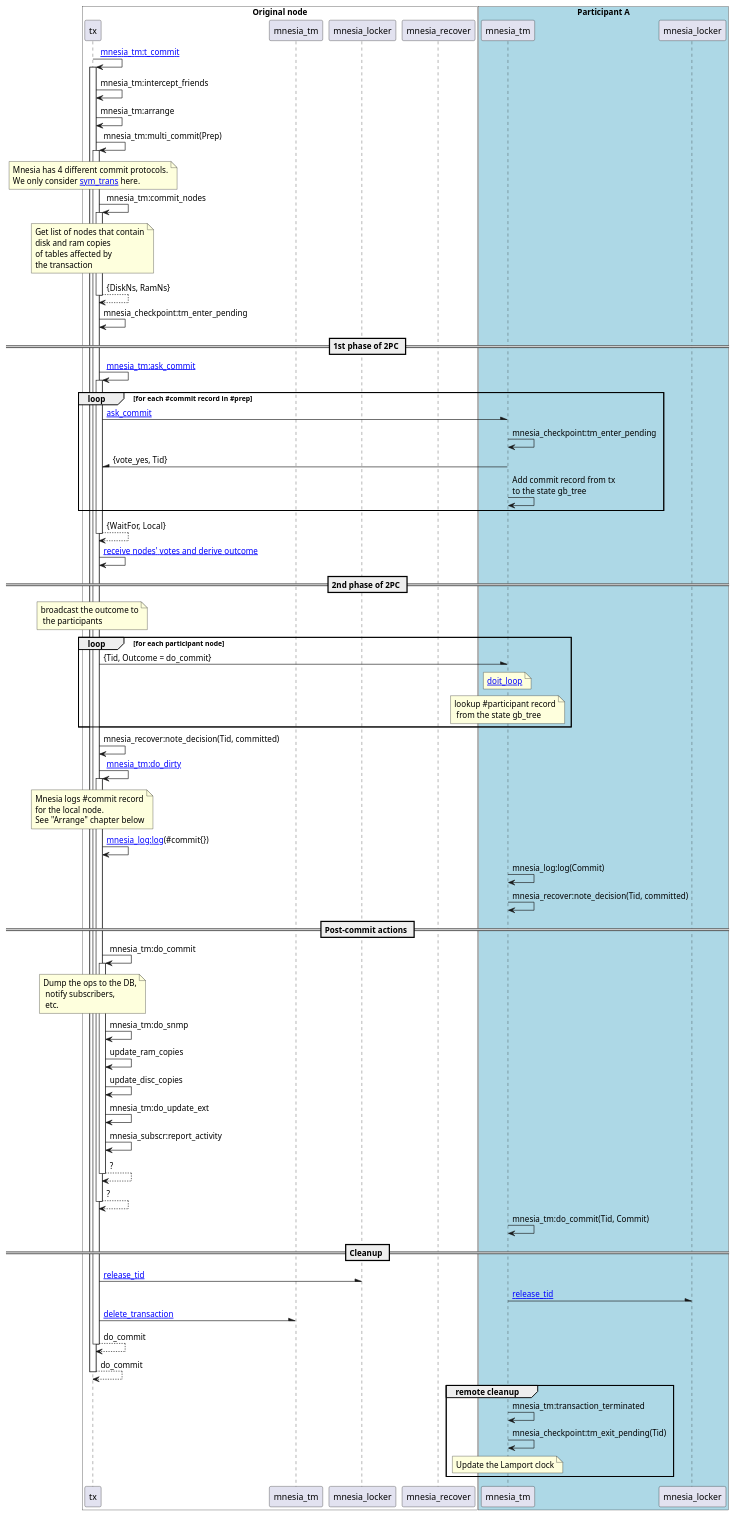
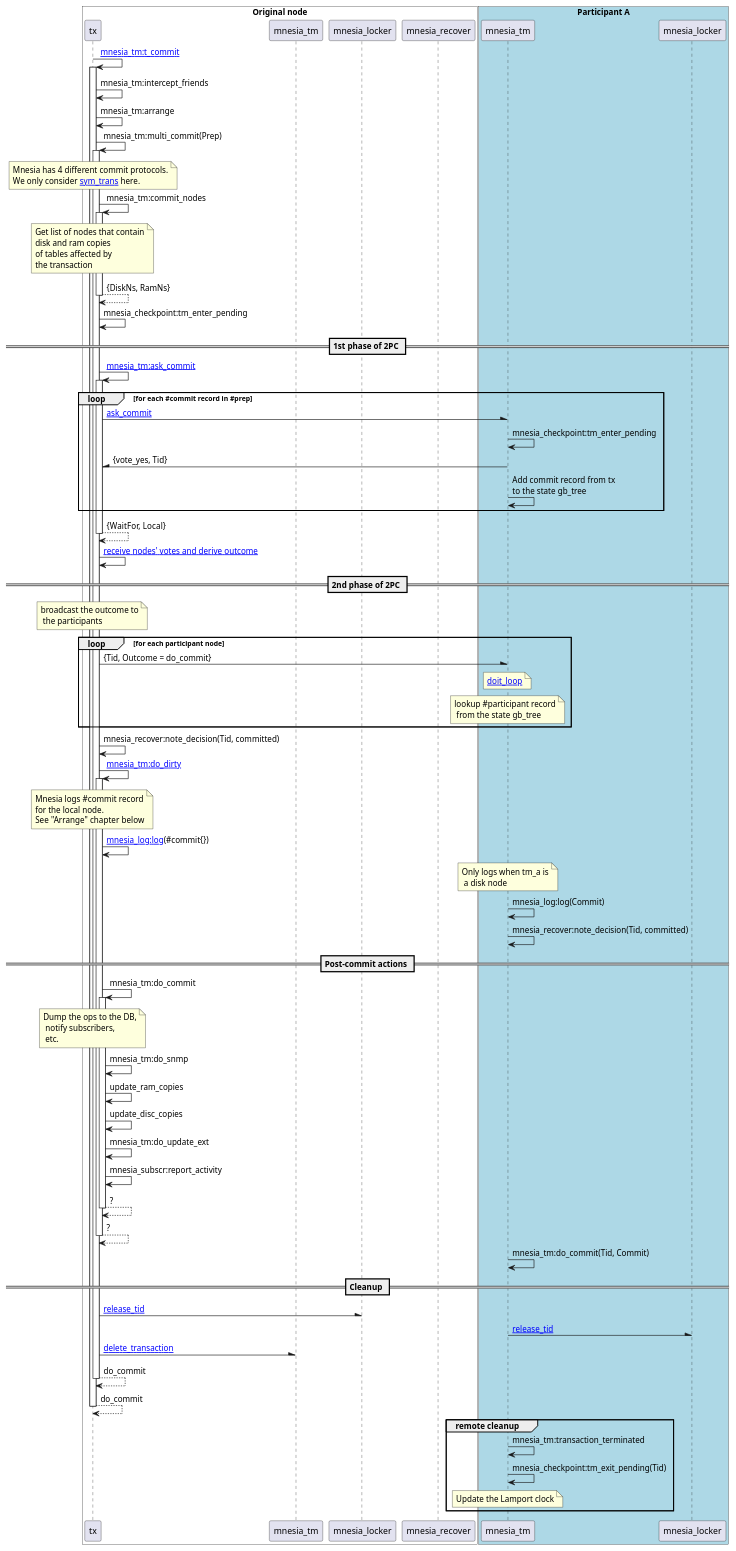
One commit to k32/k32 changed the second of 3 diagrams in posts/2021-04-26-mnesia.org. Above: the diagram before and after it, drawn with PlantUML. The commit also changed other lines of this file, not shown here.

```diff
--- a/posts/2021-04-26-mnesia.org
+++ b/posts/2021-04-26-mnesia.org
@@ -144,6 +144,7 @@
       note over tx: Mnesia logs #commit record\nfor the local node.\nSee "Arrange" chapter below
       tx -> tx : [[https://github.com/erlang/otp/blob/OTP-24.0/lib/mnesia/src/mnesia_log.erl#L227 mnesia_log:log]](#commit{})
 
+        note over tm_a : Only logs when tm_a is\n a disk node
         tm_a -> tm_a : mnesia_log:log(Commit)
         tm_a -> tm_a : mnesia_recover:note_decision(Tid, committed)
 
```
